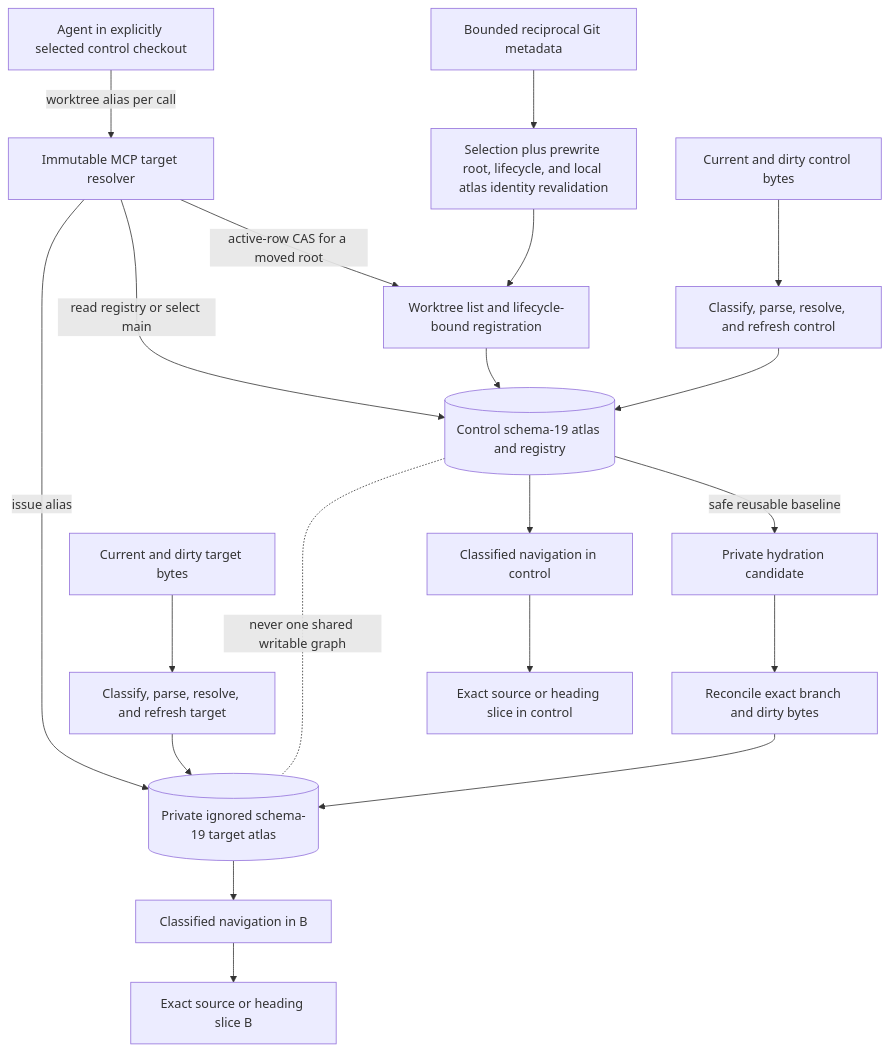
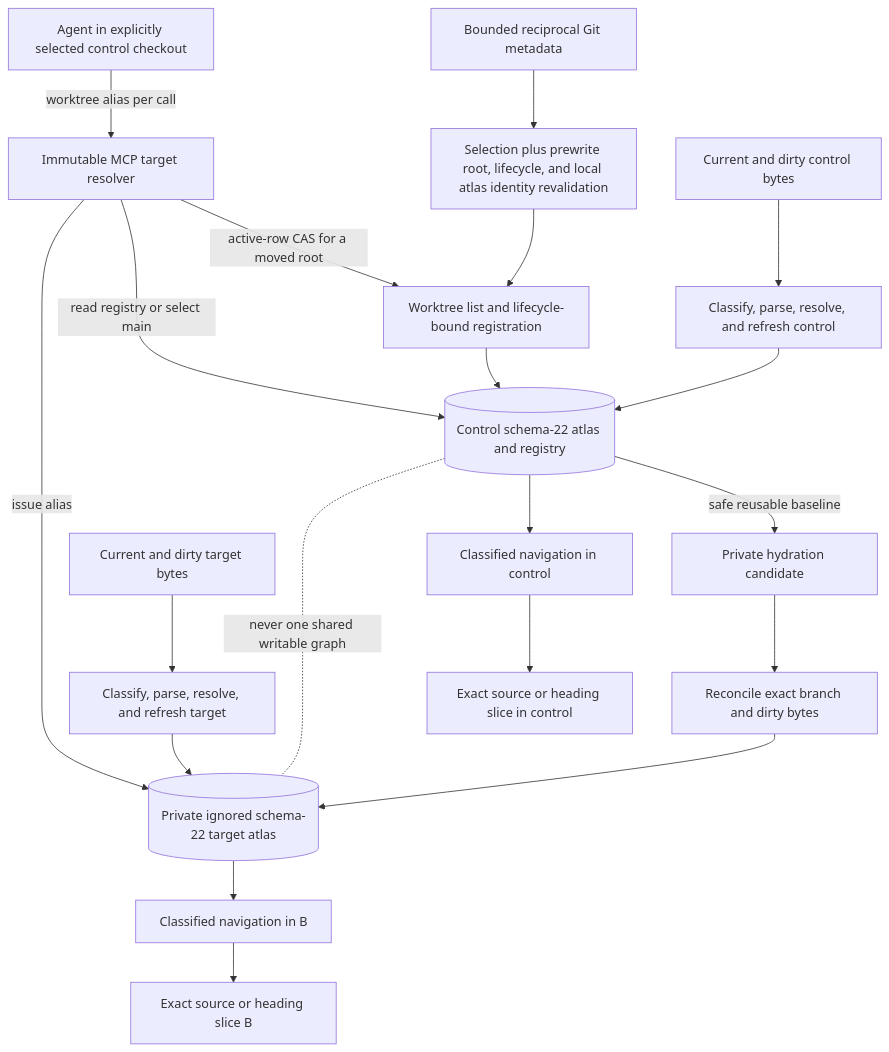
Before and after one commit to styler-ai/ProjectAtlas: diagram 28 of 37 in docs/projectatlas-3-architecture.md, drawn with Mermaid. The commit also changed other lines of this file and 17 other files, not shown here.

First line of the commit message:
fix(graph): admit invalid source identities during publication (#513)

````diff
--- a/docs/projectatlas-3-architecture.md
+++ b/docs/projectatlas-3-architecture.md
@@ -1893,22 +1914,22 @@
 ```mermaid
 flowchart TB
     Agent[Agent in explicitly selected control checkout] -->|worktree alias per call| Resolver[Immutable MCP target resolver]
     Git[Bounded reciprocal Git metadata] --> Revalidate[Selection plus prewrite root, lifecycle, and local atlas identity revalidation]
     Revalidate --> Registry[Worktree list and lifecycle-bound registration]
     Resolver -->|active-row CAS for a moved root| Registry
     Registry --> Control
-    Resolver -->|read registry or select main| Control[(Control schema-19 atlas and registry)]
-    Resolver -->|issue alias| DbB[(Private ignored schema-19 target atlas)]
+    Resolver -->|read registry or select main| Control[(Control schema-22 atlas and registry)]
+    Resolver -->|issue alias| DbB[(Private ignored schema-22 target atlas)]
     Control -->|safe reusable baseline| Candidate[Private hydration candidate]
     Candidate --> Reconcile[Reconcile exact branch and dirty bytes]
     Reconcile --> DbB
     SavedA[Current and dirty control bytes] --> BuildA[Classify, parse, resolve, and refresh control]
     BuildA --> Control
     SavedB[Current and dirty target bytes] --> BuildB[Classify, parse, resolve, and refresh target]
     BuildB --> DbB
     Control --> NavigateA[Classified navigation in control]
     DbB --> NavigateB[Classified navigation in B]
     NavigateA --> SliceA[Exact source or heading slice in control]
     NavigateB --> SliceB[Exact source or heading slice B]
     Control -. never one shared writable graph .- DbB
 ```
````
